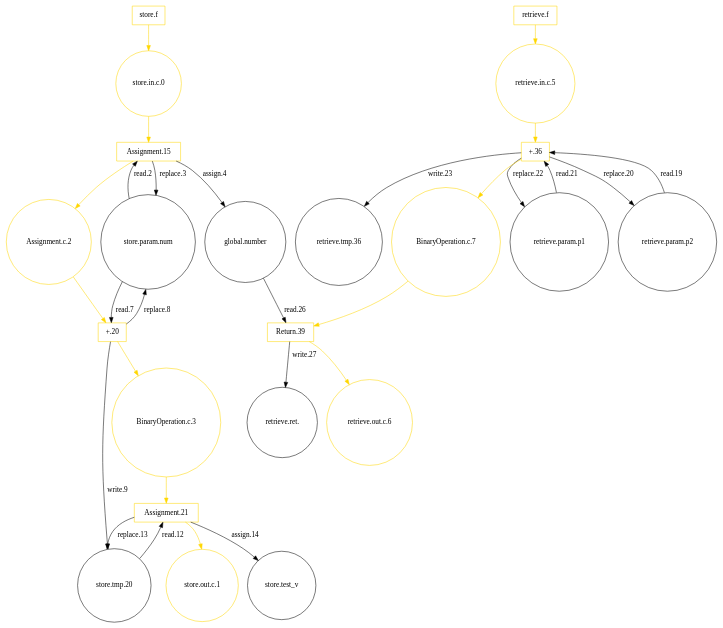
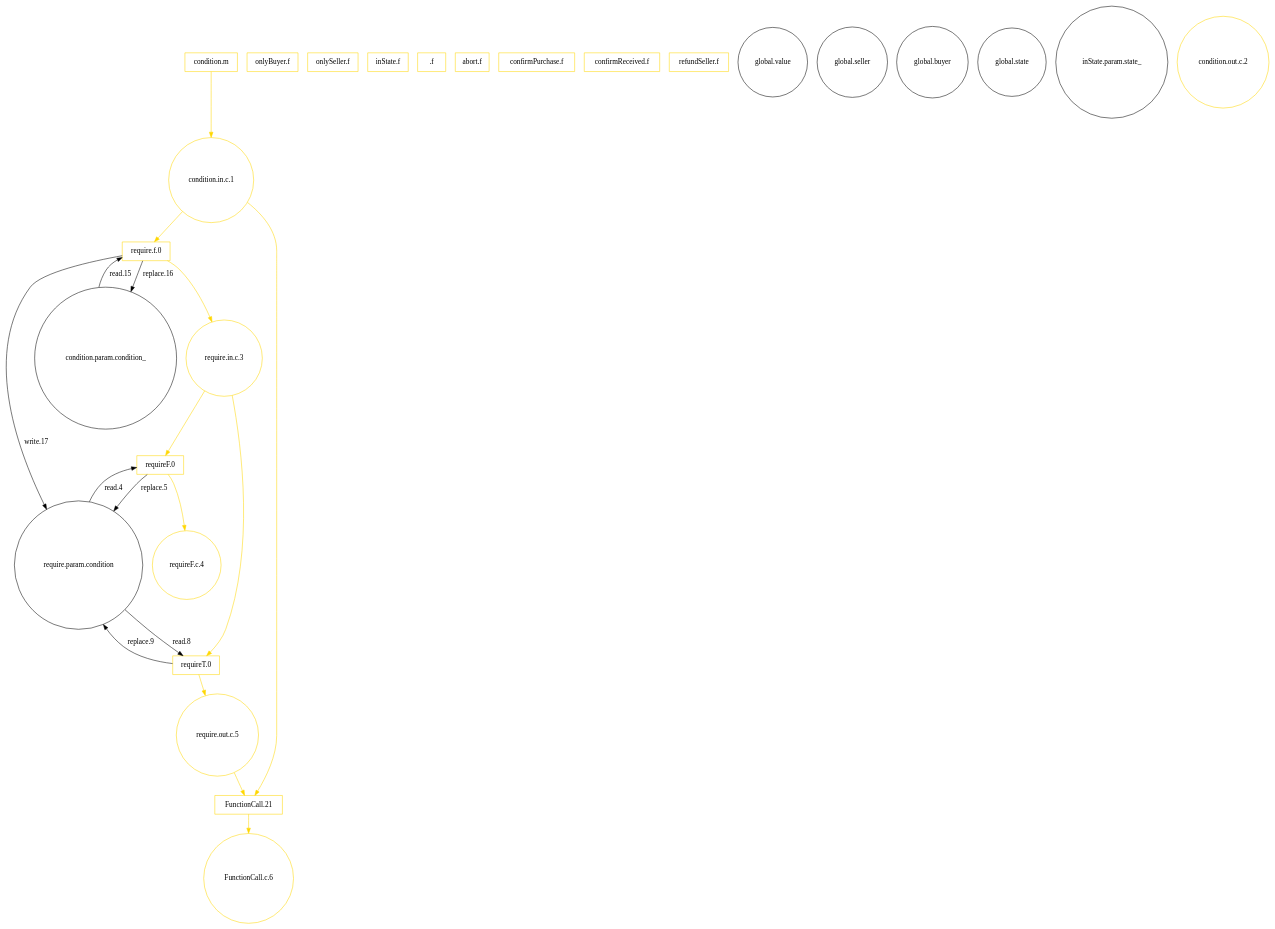
Before and after one commit to Yowen397/modeler: the diagram in bin/CPN.dot, drawn with Graphviz. The commit also changed 5 other files, not shown here.

```diff
--- a/bin/CPN.dot
+++ b/bin/CPN.dot
@@ -1,54 +1,47 @@
 digraph G{
 node[shape=box]
-"store.f"[label="store.f",color=gold]
-"retrieve.f"[label="retrieve.f",color=gold]
-"Assignment.15"[label="Assignment.15",color=gold]
-"+.20"[label="+.20",color=gold]
-"Assignment.21"[label="Assignment.21",color=gold]
-"+.36"[label="+.36",color=gold]
-"Return.39"[label="Return.39",color=gold]
+"condition.m"[label="condition.m",color=gold]
+"onlyBuyer.f"[label="onlyBuyer.f",color=gold]
+"onlySeller.f"[label="onlySeller.f",color=gold]
+"inState.f"[label="inState.f",color=gold]
+".f"[label=".f",color=gold]
+"abort.f"[label="abort.f",color=gold]
+"confirmPurchase.f"[label="confirmPurchase.f",color=gold]
+"confirmReceived.f"[label="confirmReceived.f",color=gold]
+"refundSeller.f"[label="refundSeller.f",color=gold]
+"require.f.0"[label="require.f.0",color=gold]
+"requireF.0"[label="requireF.0",color=gold]
+"requireT.0"[label="requireT.0",color=gold]
+"FunctionCall.21"[label="FunctionCall.21",color=gold]
 node[shape=circle]
-"global.number"[label="global.number"]
-"store.test_v"[label="store.test_v"]
-"store.param.num"[label="store.param.num"]
-"retrieve.param.p1"[label="retrieve.param.p1"]
-"retrieve.param.p2"[label="retrieve.param.p2"]
-"retrieve.ret."[label="retrieve.ret."]
-"store.in.c.0"[label="store.in.c.0",color=gold]
-"store.out.c.1"[label="store.out.c.1",color=gold]
-"Assignment.c.2"[label="Assignment.c.2",color=gold]
-"store.tmp.20"[label="store.tmp.20"]
-"BinaryOperation.c.3"[label="BinaryOperation.c.3",color=gold]
-"retrieve.in.c.5"[label="retrieve.in.c.5",color=gold]
-"retrieve.out.c.6"[label="retrieve.out.c.6",color=gold]
-"retrieve.tmp.36"[label="retrieve.tmp.36"]
-"BinaryOperation.c.7"[label="BinaryOperation.c.7",color=gold]
-"store.f"->"store.in.c.0"[color=gold]
-"store.in.c.0"->"Assignment.15"[color=gold]
-"store.param.num"->"Assignment.15"[label="read.2"]
-"Assignment.15"->"store.param.num"[label="replace.3"]
-"Assignment.15"->"global.number"[label="assign.4"]
-"Assignment.15"->"Assignment.c.2"[color=gold]
-"Assignment.c.2"->"+.20"[color=gold]
-"store.param.num"->"+.20"[label="read.7"]
-"+.20"->"store.param.num"[label="replace.8"]
-"+.20"->"store.tmp.20"[label="write.9"]
-"+.20"->"BinaryOperation.c.3"[color=gold]
-"BinaryOperation.c.3"->"Assignment.21"[color=gold]
-"store.tmp.20"->"Assignment.21"[label="read.12"]
-"Assignment.21"->"store.tmp.20"[label="replace.13"]
-"Assignment.21"->"store.test_v"[label="assign.14"]
-"Assignment.21"->"store.out.c.1"[color=gold]
-"retrieve.f"->"retrieve.in.c.5"[color=gold]
-"retrieve.in.c.5"->"+.36"[color=gold]
-"retrieve.param.p2"->"+.36"[label="read.19"]
-"+.36"->"retrieve.param.p2"[label="replace.20"]
-"retrieve.param.p1"->"+.36"[label="read.21"]
-"+.36"->"retrieve.param.p1"[label="replace.22"]
-"+.36"->"retrieve.tmp.36"[label="write.23"]
-"+.36"->"BinaryOperation.c.7"[color=gold]
-"BinaryOperation.c.7"->"Return.39"[color=gold]
-"global.number"->"Return.39"[label="read.26"]
-"Return.39"->"retrieve.ret."[label="write.27"]
-"Return.39"->"retrieve.out.c.6"[color=gold]
+"global.value"[label="global.value"]
+"global.seller"[label="global.seller"]
+"global.buyer"[label="global.buyer"]
+"global.state"[label="global.state"]
+"condition.param.condition_"[label="condition.param.condition_"]
+"inState.param.state_"[label="inState.param.state_"]
+"condition.in.c.1"[label="condition.in.c.1",color=gold]
+"condition.out.c.2"[label="condition.out.c.2",color=gold]
+"require.in.c.3"[label="require.in.c.3",color=gold]
+"require.param.condition"[label="require.param.condition"]
+"requireF.c.4"[label="requireF.c.4",color=gold]
+"require.out.c.5"[label="require.out.c.5",color=gold]
+"FunctionCall.c.6"[label="FunctionCall.c.6",color=gold]
+"condition.m"->"condition.in.c.1"[color=gold]
+"require.f.0"->"require.in.c.3"[color=gold]
+"require.in.c.3"->"requireF.0"[color=gold]
+"require.param.condition"->"requireF.0"[label="read.4"]
+"requireF.0"->"require.param.condition"[label="replace.5"]
+"requireF.0"->"requireF.c.4"[color=gold]
+"require.in.c.3"->"requireT.0"[color=gold]
+"require.param.condition"->"requireT.0"[label="read.8"]
+"requireT.0"->"require.param.condition"[label="replace.9"]
+"requireT.0"->"require.out.c.5"[color=gold]
+"condition.in.c.1"->"require.f.0"[color=gold]
+"condition.in.c.1"->"FunctionCall.21"[color=gold]
+"require.out.c.5"->"FunctionCall.21"[color=gold]
+"FunctionCall.21"->"FunctionCall.c.6"[color=gold]
+"condition.param.condition_"->"require.f.0"[label="read.15"]
+"require.f.0"->"condition.param.condition_"[label="replace.16"]
+"require.f.0"->"require.param.condition"[label="write.17"]
 }
```
